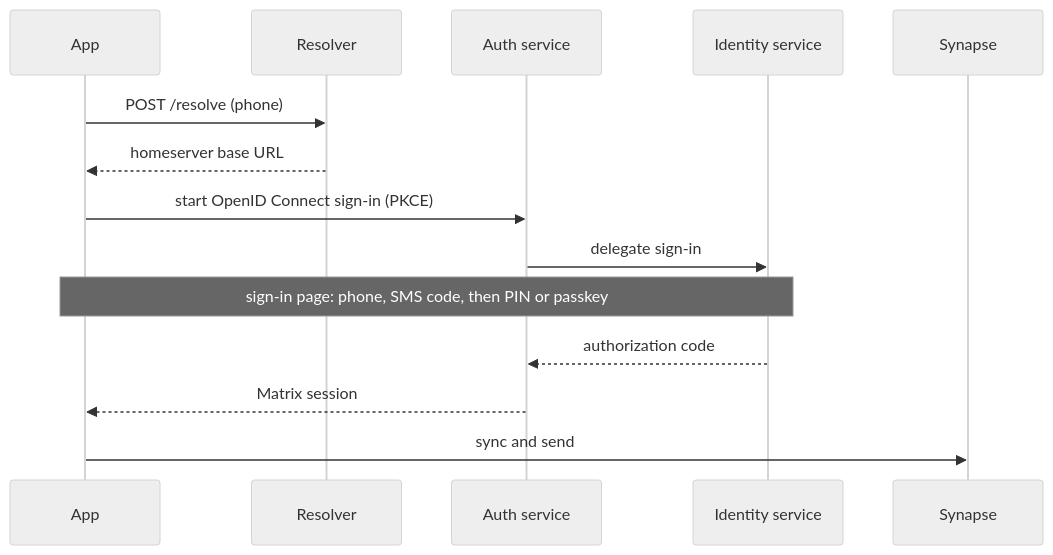
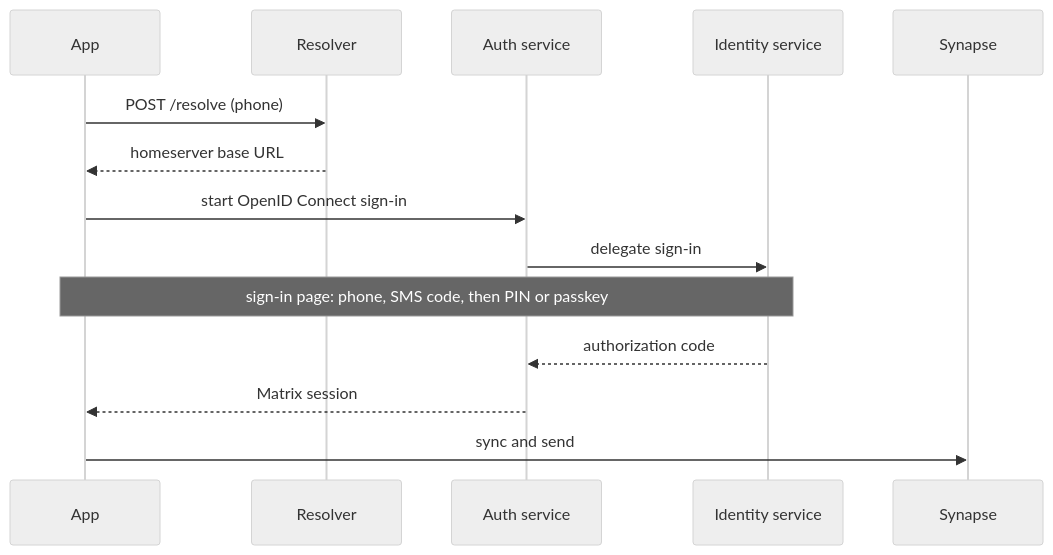
Before and after one commit to Gua-ra/gua-resolver: the third of 4 diagrams in docs/architecture/gua-identity-and-federation.md, drawn with Mermaid (neutral theme). The commit also changed other lines of this file and 1 other file, not shown here.

````diff
--- a/docs/architecture/gua-identity-and-federation.md
+++ b/docs/architecture/gua-identity-and-federation.md
@@ -129,16 +129,16 @@
 ```mermaid
 sequenceDiagram
     participant App
     participant Resolver
     participant Auth as Auth service
     participant IDS as Identity service
     participant HS as Synapse
     App->>Resolver: POST /resolve (phone)
     Resolver-->>App: homeserver base URL
-    App->>Auth: start OpenID Connect sign-in (PKCE)
+    App->>Auth: start OpenID Connect sign-in
     Auth->>IDS: delegate sign-in
     Note over App,IDS: sign-in page: phone, SMS code, then PIN or passkey
     IDS-->>Auth: authorization code
     Auth-->>App: Matrix session
     App->>HS: sync and send
 ```
````
